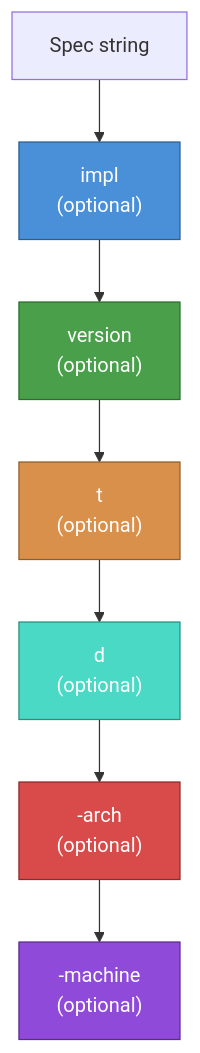
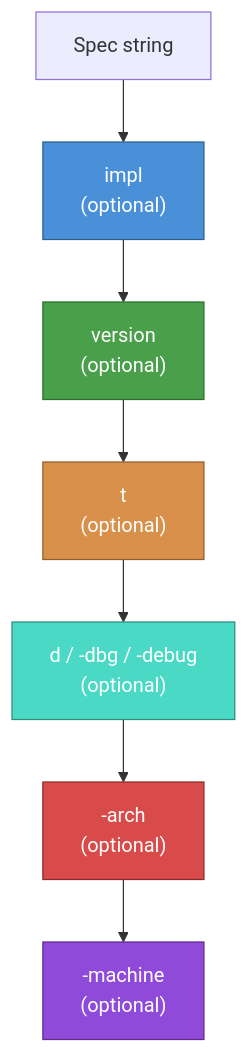
Before and after one commit to tox-dev/python-discovery: the sixth of 6 diagrams in docs/explanation.rst, drawn with Mermaid. The commit also changed other lines of this file and 4 other files, not shown here.

```diff
--- a/docs/explanation.rst
+++ b/docs/explanation.rst
@@ -218,16 +218,16 @@
 .. mermaid::
 
     flowchart TD
         Spec["Spec string"] --> Impl["impl<br>(optional)"]
         Impl --> Version["version<br>(optional)"]
         Version --> T["t<br>(optional)"]
-        T --> D["d<br>(optional)"]
+        T --> D["d / -dbg / -debug<br>(optional)"]
         D --> Arch["-arch<br>(optional)"]
         Arch --> Machine["-machine<br>(optional)"]
 
         style Impl fill:#4a90d9,stroke:#2a5f8f,color:#fff
         style Version fill:#4a9f4a,stroke:#2a6f2a,color:#fff
         style T fill:#d9904a,stroke:#8f5f2a,color:#fff
         style D fill:#4ad9c4,stroke:#2a8f7f,color:#fff
         style Arch fill:#d94a4a,stroke:#8f2a2a,color:#fff
         style Machine fill:#904ad9,stroke:#5f2a8f,color:#fff
```
